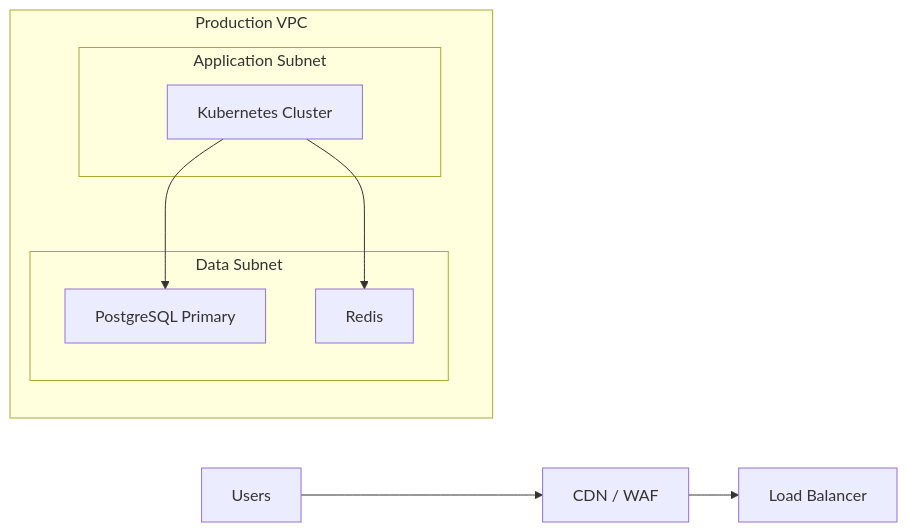
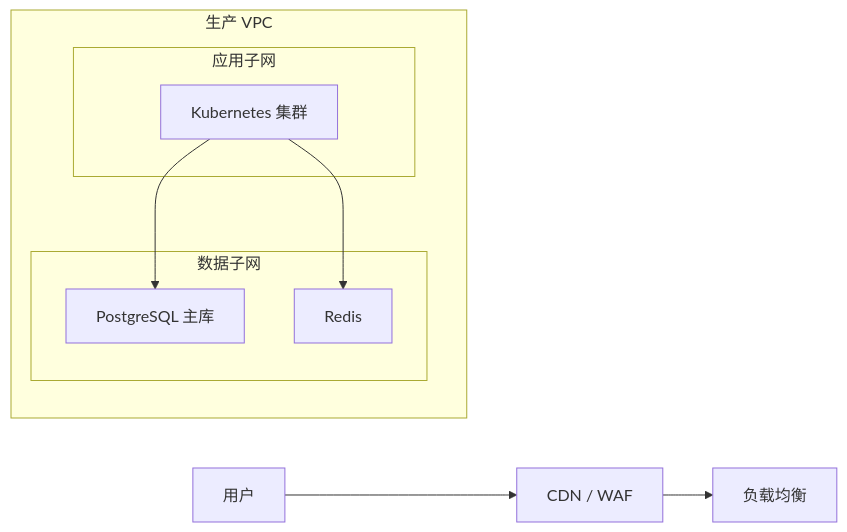
The first of 2 diagrams in architecture-diagrams/references/diagram-rules.md (reaperhero/codex_skills), drawn with Mermaid before and after one commit. The commit also changed other lines of this file and 6 other files, not shown here.

````diff
--- a/architecture-diagrams/references/diagram-rules.md
+++ b/architecture-diagrams/references/diagram-rules.md
@@ -33,18 +33,18 @@
 ```mermaid
 flowchart LR
-  user["Users"] --> edge["CDN / WAF"]
-  edge --> lb["Load Balancer"]
+  user["用户"] --> edge["CDN / WAF"]
+  edge --> lb["负载均衡"]
 
-  subgraph vpc["Production VPC"]
-    subgraph app["Application Subnet"]
-      cluster["Kubernetes Cluster"]
+  subgraph vpc["生产 VPC"]
+    subgraph app["应用子网"]
+      cluster["Kubernetes 集群"]
     end
-    subgraph data["Data Subnet"]
-      db["PostgreSQL Primary"]
+    subgraph data["数据子网"]
+      db["PostgreSQL 主库"]
       cache["Redis"]
     end
   end
 
   cluster --> db
   cluster --> cache
 ```
````
